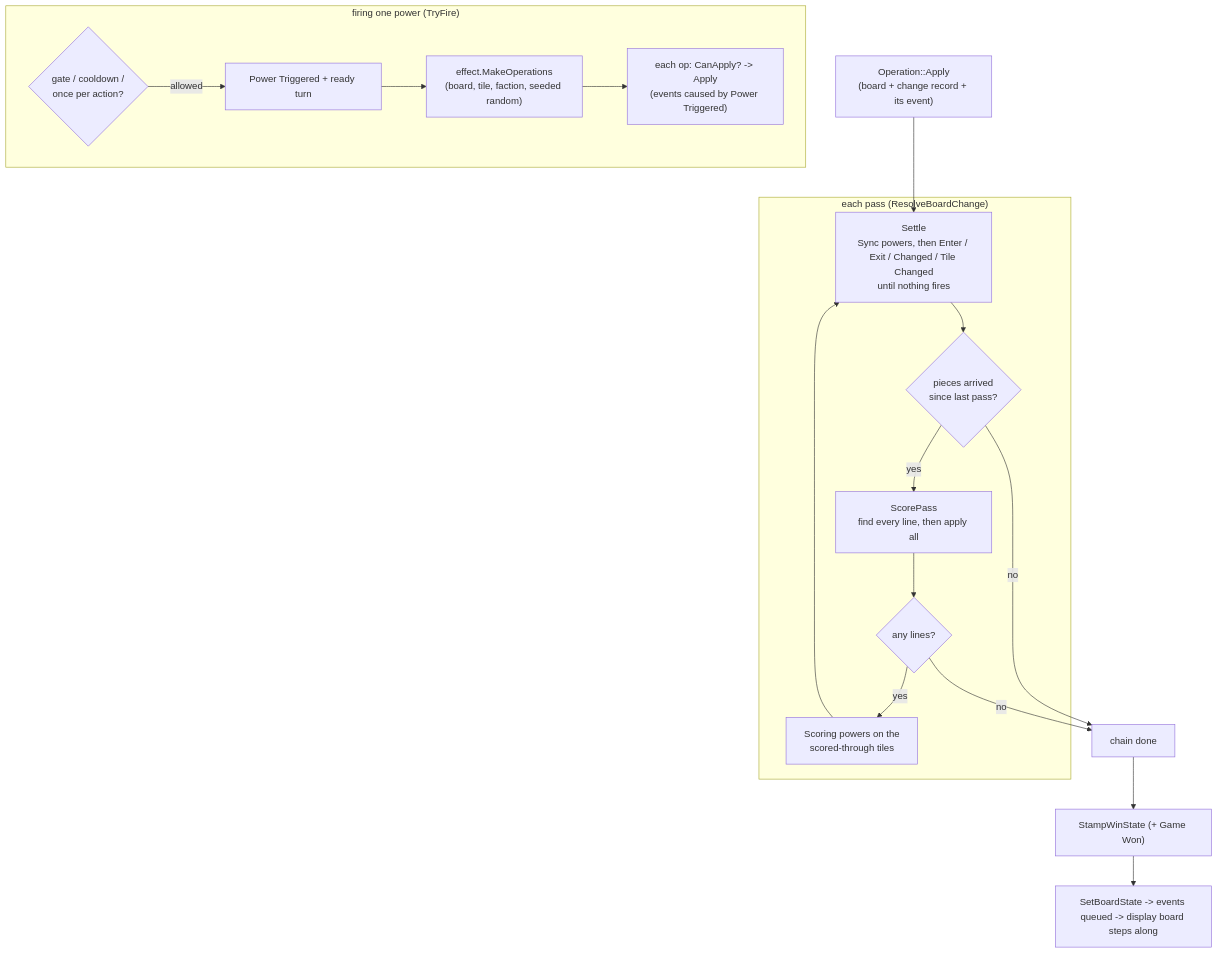
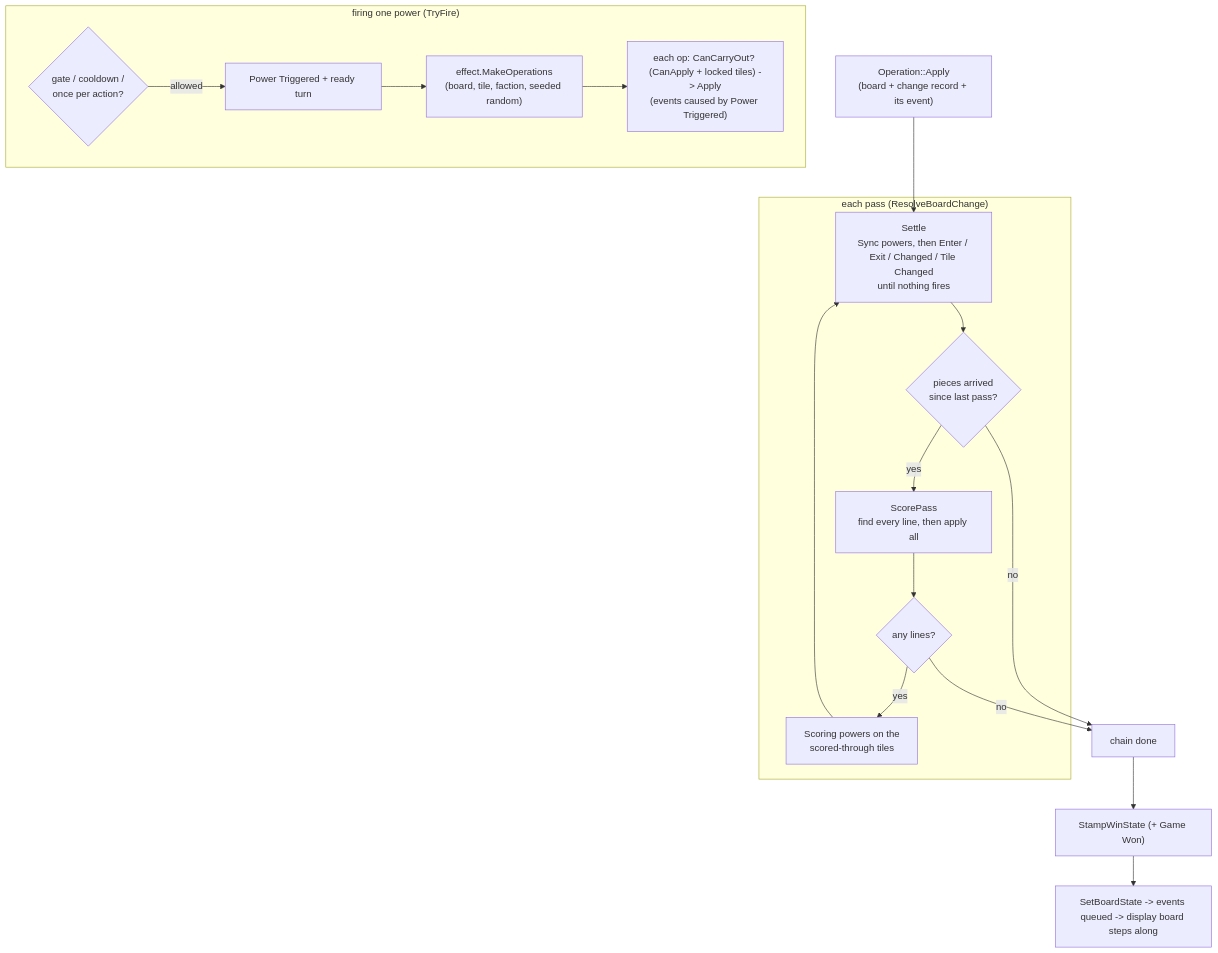
Before and after one commit to rfowlie/ConnectIt: the diagram in ConnectIt-Vault/ConnectIt/code/systems/tile-power-chain.md, drawn with Mermaid. The commit also changed other lines of this file and 51 other files, not shown here.

````diff
--- a/ConnectIt-Vault/ConnectIt/code/systems/tile-power-chain.md
+++ b/ConnectIt-Vault/ConnectIt/code/systems/tile-power-chain.md
@@ -66,21 +67,21 @@
 ```mermaid
 flowchart TD
     Op["Operation::Apply<br/>(board + change record + its event)"] --> Settle
     subgraph Pass["each pass (ResolveBoardChange)"]
         Settle["Settle<br/>Sync powers, then Enter / Exit / Changed / Tile Changed<br/>until nothing fires"] --> Arrivals{"pieces arrived<br/>since last pass?"}
         Arrivals -- yes --> Score["ScorePass<br/>find every line, then apply all"]
         Score --> Lines{"any lines?"}
         Lines -- yes --> React["Scoring powers on the<br/>scored-through tiles"]
         React --> Settle
     end
     Arrivals -- no --> Done
     Lines -- no --> Done
     Done["chain done"] --> Win["StampWinState (+ Game Won)"]
     Win --> Commit["SetBoardState -> events queued -> display board steps along"]
 
     subgraph Fire["firing one power (TryFire)"]
         Gate{"gate / cooldown /<br/>once per action?"} -- allowed --> PT["Power Triggered + ready turn"]
         PT --> Effect["effect.MakeOperations<br/>(board, tile, faction, seeded random)"]
-        Effect --> Apply["each op: CanApply? -> Apply<br/>(events caused by Power Triggered)"]
+        Effect --> Apply["each op: CanCarryOut? (CanApply + locked tiles) -> Apply<br/>(events caused by Power Triggered)"]
     end
 ```
````
